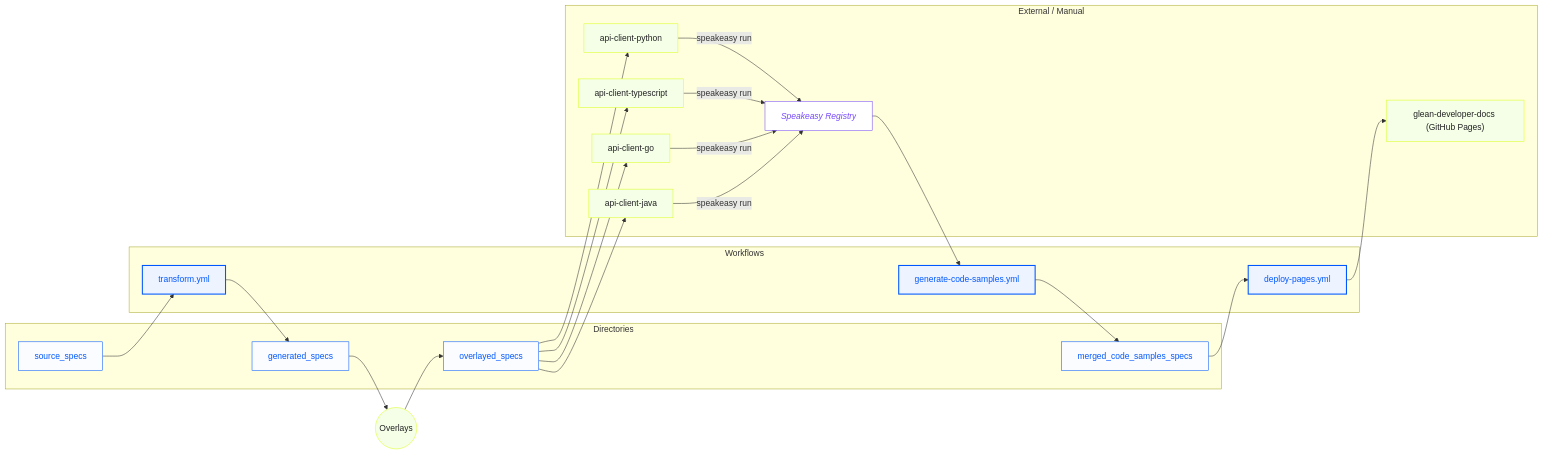
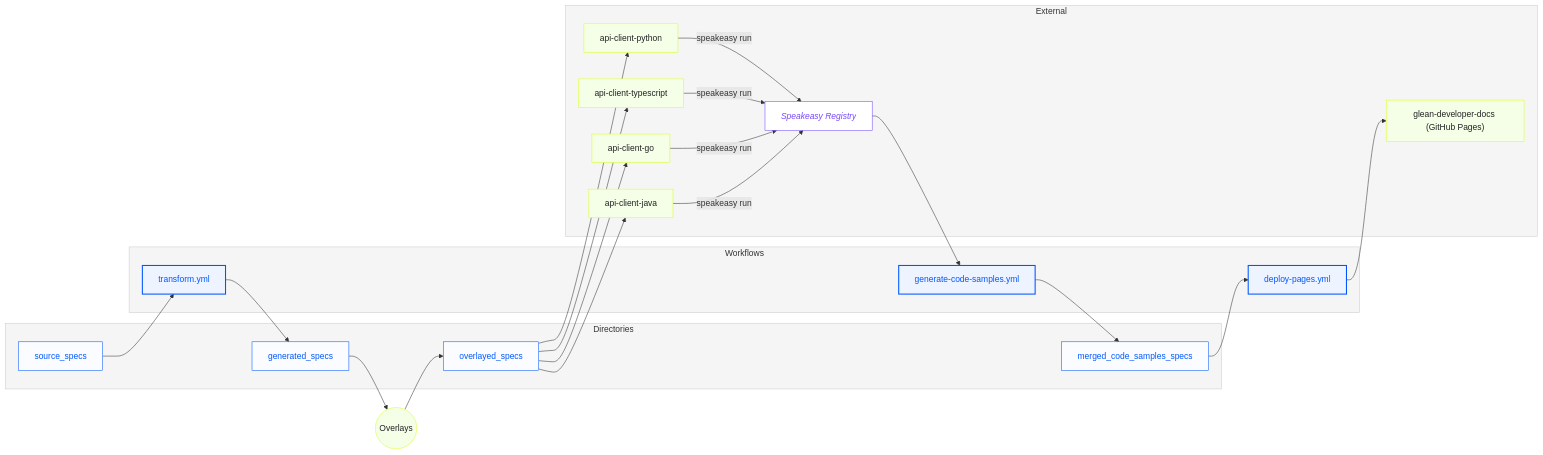
Before and after one commit to gleanwork/open-api: the diagram in README.md, drawn with Mermaid.

Commit message:
Adds mermaid diagram describing the release process

````diff
--- a/README.md
+++ b/README.md
@@ -51,53 +51,55 @@
 ```mermaid
 graph LR
     %% Nodes
     subgraph Directories
         source_specs["source_specs"]
         generated_specs["generated_specs"]
         overlayed_specs["overlayed_specs"]
         merged_code_samples_specs["merged_code_samples_specs"]
     end
 
     subgraph Workflows
         transform_yml["transform.yml"]
         generate_code_samples_yml["generate-code-samples.yml"]
         deploy_pages_yml["deploy-pages.yml"]
     end
 
-    subgraph External / Manual
+    subgraph External
         api_client_python["api-client-python"]
         api_client_typescript["api-client-typescript"]
         api_client_go["api-client-go"]
         api_client_java["api-client-java"]
         speakeasy_registry["Speakeasy Registry"]
         glean_developer_docs["glean-developer-docs (GitHub Pages)"]
     end
 
     %% Flow
     source_specs --> transform_yml --> generated_specs
     generated_specs --> overlays((Overlays)) --> overlayed_specs
 
     overlayed_specs --> api_client_python
     overlayed_specs --> api_client_typescript
     overlayed_specs --> api_client_go
     overlayed_specs --> api_client_java
 
     api_client_python -->|"speakeasy run"| speakeasy_registry
     api_client_typescript -->|"speakeasy run"| speakeasy_registry
     api_client_go -->|"speakeasy run"| speakeasy_registry
     api_client_java -->|"speakeasy run"| speakeasy_registry
 
     speakeasy_registry --> generate_code_samples_yml --> merged_code_samples_specs
     merged_code_samples_specs --> deploy_pages_yml --> glean_developer_docs
 
     %% Styling
     classDef dir fill:#FAFCFF,stroke:#0057FF,stroke-width:1px,color:#0057FF;
     classDef wf fill:#EDF3FF,stroke:#0057FF,stroke-width:2px,color:#0057FF;
     classDef ext fill:#F5FFE8,stroke:#D9FF1F,stroke-width:1px,color:#222;
     classDef reg fill:#FFFFFF,stroke:#7649FF,stroke-width:1px,color:#7649FF,font-style:italic;
+    classDef section fill:#f5f5f5,stroke:#cccccc,color:#333333;
 
     class source_specs,generated_specs,overlayed_specs,merged_code_samples_specs dir;
     class transform_yml,generate_code_samples_yml,deploy_pages_yml wf;
     class api_client_python,api_client_typescript,api_client_go,api_client_java,glean_developer_docs,overlays ext;
     class speakeasy_registry reg;
+    class Directories,Workflows,External section;
 ```
````
